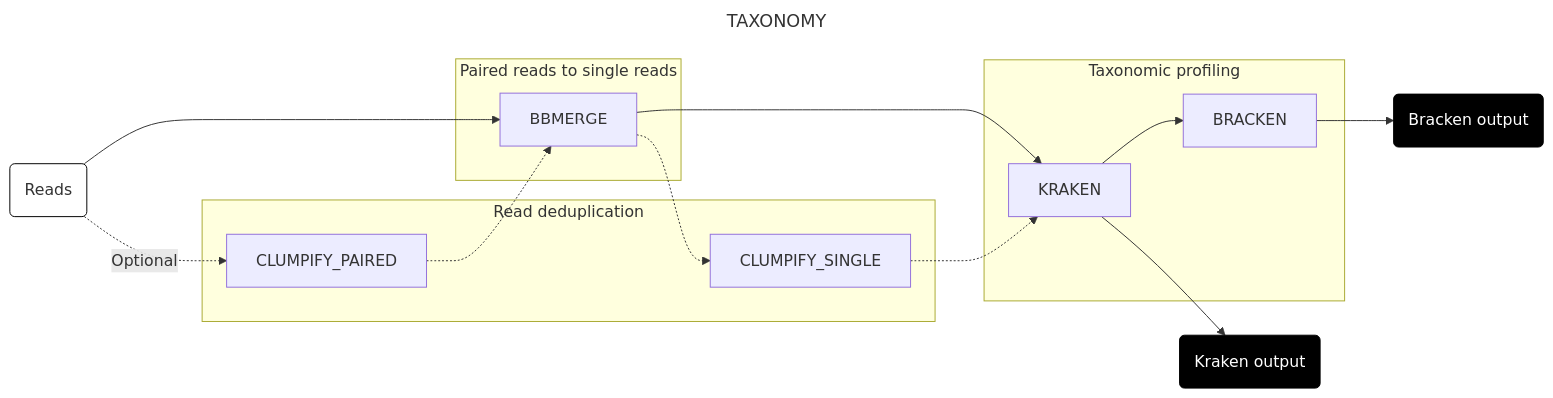
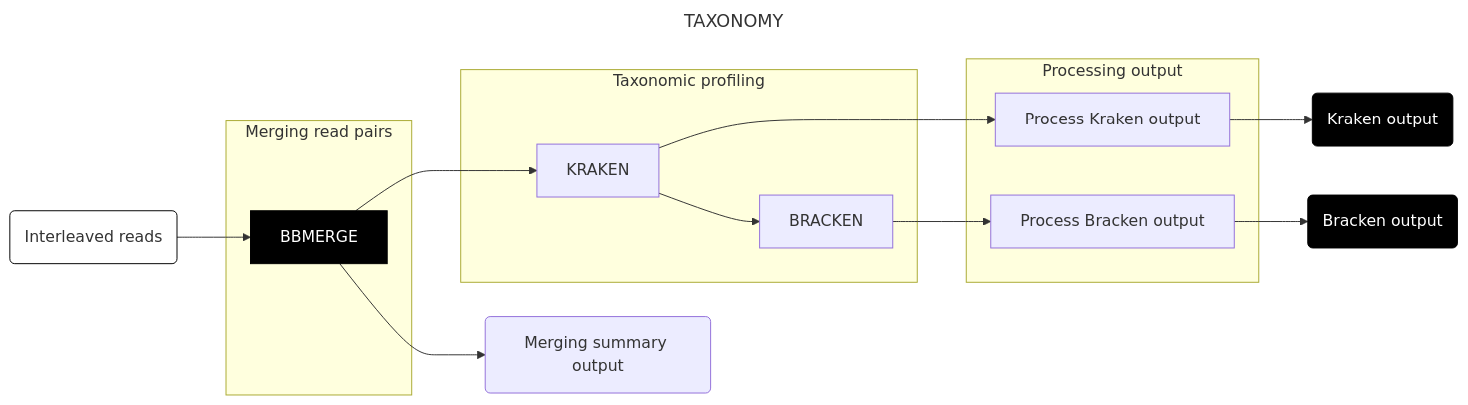
Before and after one commit to naobservatory/mgs-workflow: the third of 8 diagrams in docs/run.md, drawn with Mermaid. The commit also changed other lines of this file, not shown here.

Commit message:
Started work on docs/run.md

````diff
--- a/docs/run.md
+++ b/docs/run.md
@@ -87,31 +88,31 @@
 ```mermaid
 ---
 title: TAXONOMY
 config:
   layout: horizontal
 ---
 flowchart LR
-A(Reads) -.-> |Optional|B[CLUMPIFY_PAIRED]
-A --> C[BBMERGE]
-B -.-> C[BBMERGE]
-C -.-> D[CLUMPIFY_SINGLE]
-C --> E[KRAKEN]
-D -.-> E[KRAKEN]
-E --> G(Kraken output)
-E --> F[BRACKEN]
-F --> H(Bracken output)
-subgraph "Read deduplication"
+A(Interleaved reads) --> B[BBMERGE]
+B --> C(Merging summary output)
+B --> D[KRAKEN]
+D --> E[Process Kraken output]
+E --> F(Kraken output)
+D --> G[BRACKEN]
+G --> H[Process Bracken output]
+H --> I(Bracken output)
+subgraph "Merging read pairs"
 B
-D
-end
-subgraph "Paired reads to single reads"
-C
 end
 subgraph "Taxonomic profiling"
+D
+G
+end
+subgraph "Processing output"
 E
-F
+H
 end
 style A fill:#fff,stroke:#000
-style G fill:#000,color:#fff,stroke:#000
-style H fill:#000,color:#fff,stroke:#000
+style B fill:#000,color:#fff,stroke:#000
+style F fill:#000,color:#fff,stroke:#000
+style I fill:#000,color:#fff,stroke:#000
 ```
````
